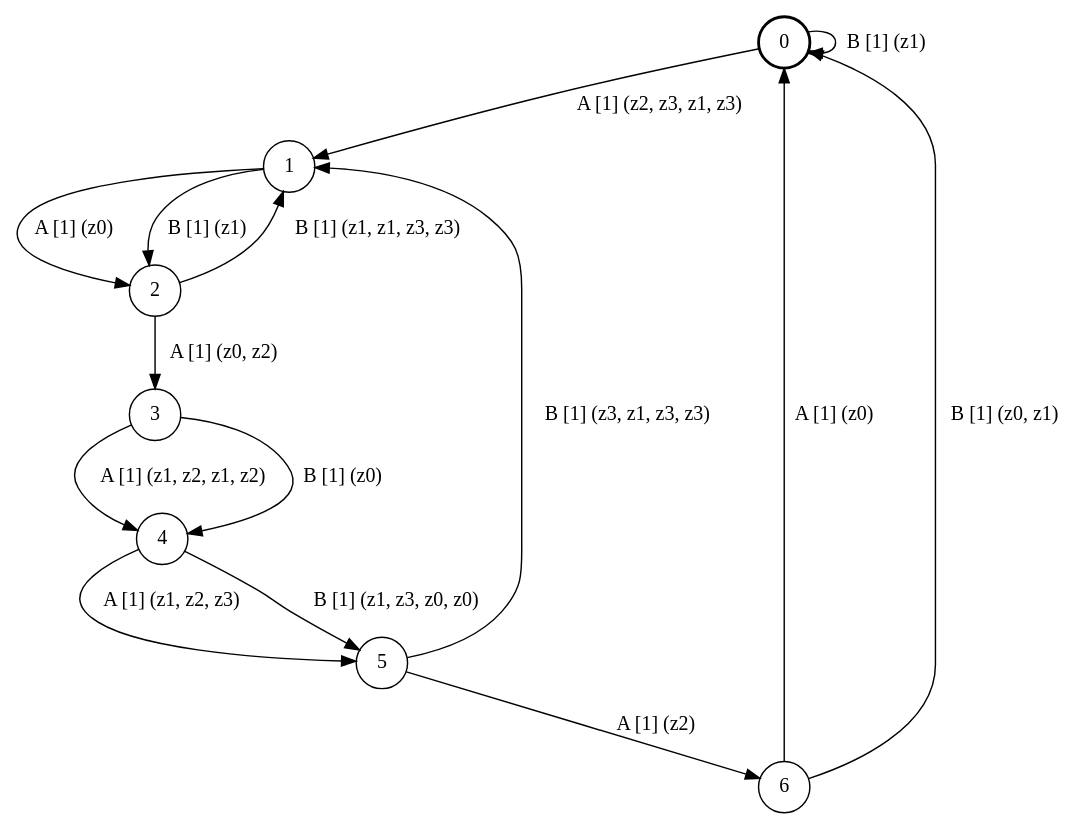
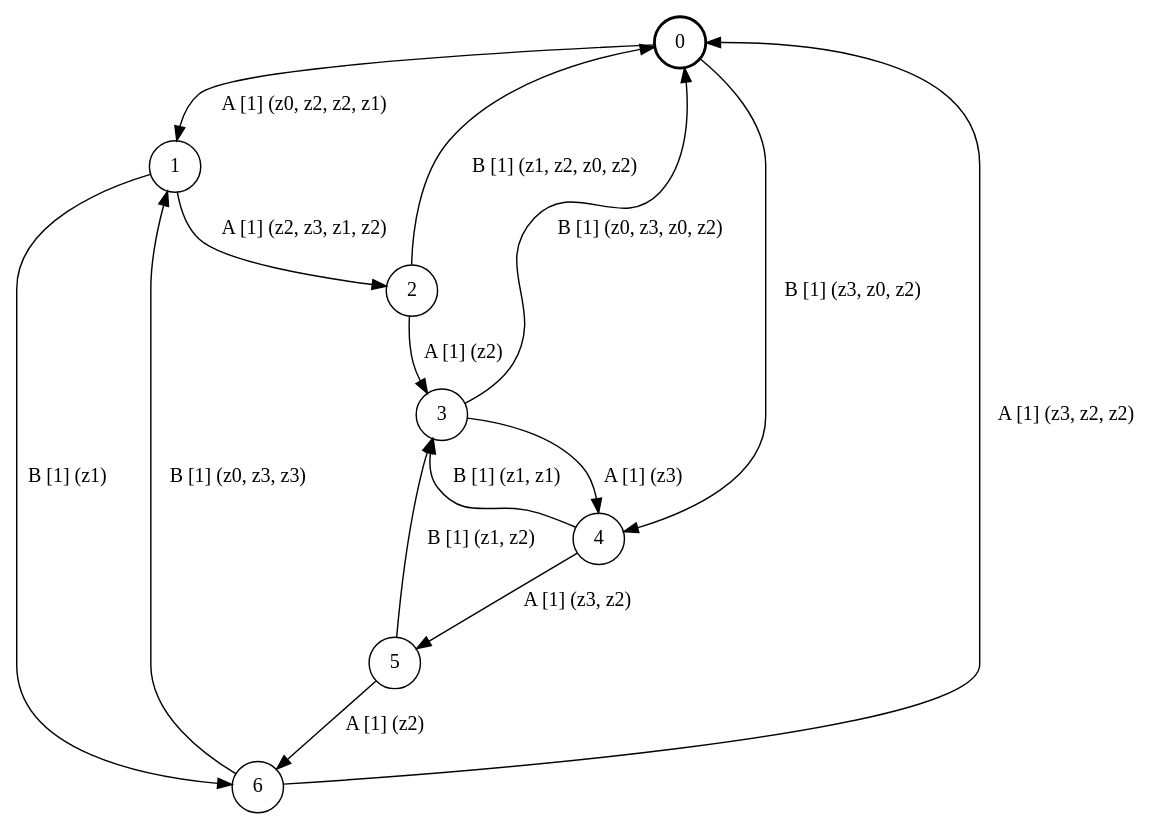
One commit to ulyantsev/EFSM-tools changed the diagram in qbf/testing/fsm_7s2e4a.dot. Above: the diagram before and after it, drawn with Graphviz. The commit also changed 3063 other files, not shown here.

```diff
--- a/qbf/testing/fsm_7s2e4a.dot
+++ b/qbf/testing/fsm_7s2e4a.dot
@@ -1,20 +1,20 @@
 # generated file, don't try to modify
 # command: dot -Tpng <filename> > tree.png
 digraph Automaton {
     node [shape = circle];
     0 [style = "bold"];
-    0 -> 1 [label = "A [1] (z2, z3, z1, z3) "];
-    0 -> 0 [label = "B [1] (z1) "];
-    1 -> 2 [label = "A [1] (z0) "];
-    1 -> 2 [label = "B [1] (z1) "];
-    2 -> 3 [label = "A [1] (z0, z2) "];
-    2 -> 1 [label = "B [1] (z1, z1, z3, z3) "];
-    3 -> 4 [label = "A [1] (z1, z2, z1, z2) "];
-    3 -> 4 [label = "B [1] (z0) "];
-    4 -> 5 [label = "A [1] (z1, z2, z3) "];
-    4 -> 5 [label = "B [1] (z1, z3, z0, z0) "];
+    0 -> 1 [label = "A [1] (z0, z2, z2, z1) "];
+    0 -> 4 [label = "B [1] (z3, z0, z2) "];
+    1 -> 2 [label = "A [1] (z2, z3, z1, z2) "];
+    1 -> 6 [label = "B [1] (z1) "];
+    2 -> 3 [label = "A [1] (z2) "];
+    2 -> 0 [label = "B [1] (z1, z2, z0, z2) "];
+    3 -> 4 [label = "A [1] (z3) "];
+    3 -> 0 [label = "B [1] (z0, z3, z0, z2) "];
+    4 -> 5 [label = "A [1] (z3, z2) "];
+    4 -> 3 [label = "B [1] (z1, z1) "];
     5 -> 6 [label = "A [1] (z2) "];
-    5 -> 1 [label = "B [1] (z3, z1, z3, z3) "];
-    6 -> 0 [label = "A [1] (z0) "];
-    6 -> 0 [label = "B [1] (z0, z1) "];
+    5 -> 3 [label = "B [1] (z1, z2) "];
+    6 -> 0 [label = "A [1] (z3, z2, z2) "];
+    6 -> 1 [label = "B [1] (z0, z3, z3) "];
 }
```
